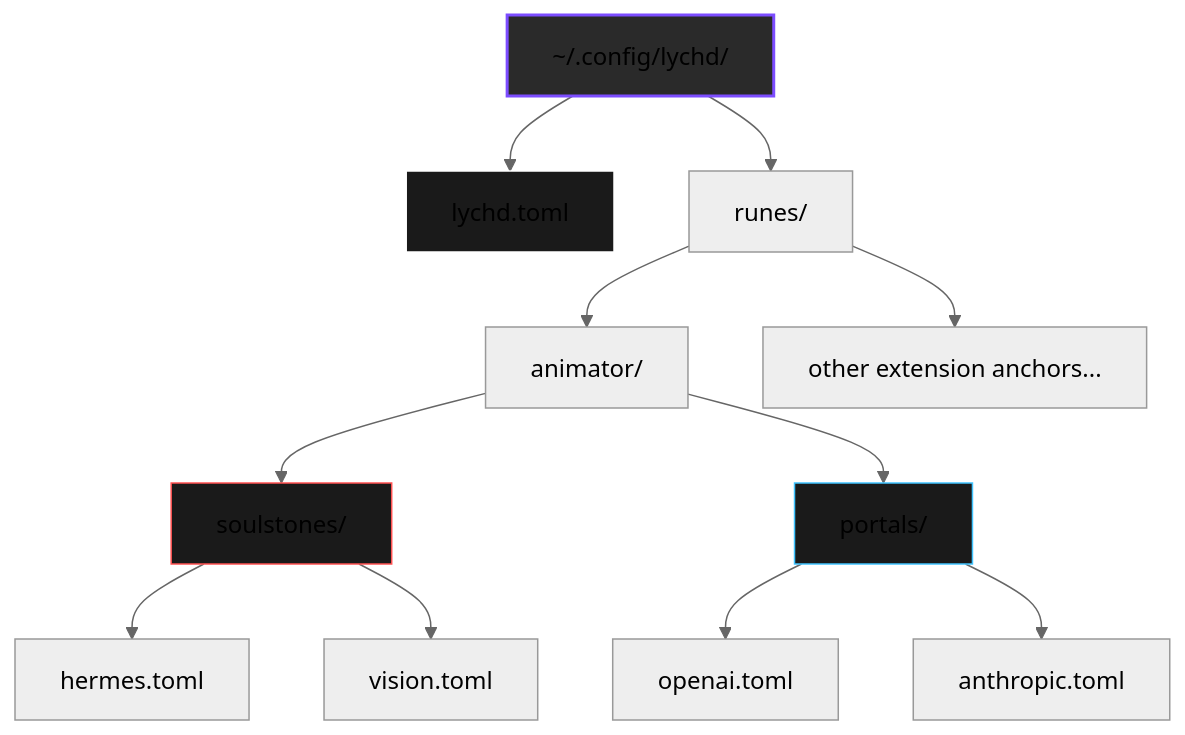
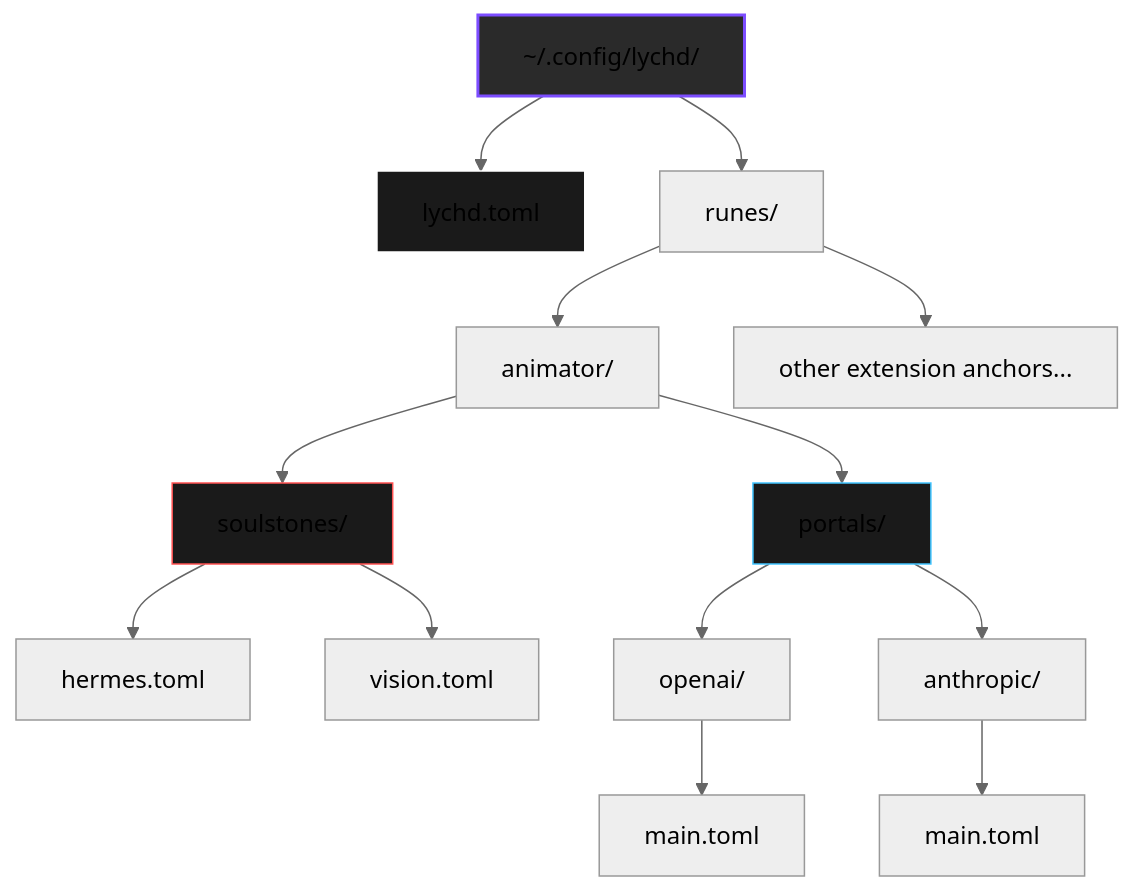
The diagram in docs/sepulcher/codex.md (hexanomicon/lychd), drawn with Mermaid (neutral theme) before and after one commit. The commit also changed other lines of this file and 112 other files, not shown here.

````diff
--- a/docs/sepulcher/codex.md
+++ b/docs/sepulcher/codex.md
@@ -23,28 +23,30 @@
 ```mermaid
 graph TD
     Codex[~/.config/lychd/]
     Prime[lychd.toml]
     RuneDir[runes/]
     AnimatorDir[animator/]
     SoulDir[soulstones/]
     PortalDir[portals/]
     XDir[other extension anchors...]
 
     Codex --> Prime
     Codex --> RuneDir
     RuneDir --> AnimatorDir
     RuneDir --> XDir
     AnimatorDir --> SoulDir
     AnimatorDir --> PortalDir
 
     SoulDir --> S1[hermes.toml]
     SoulDir --> S2[vision.toml]
 
-    PortalDir --> P1[openai.toml]
-    PortalDir --> P2[anthropic.toml]
+    PortalDir --> OpenAIDir[openai/]
+    PortalDir --> AnthropicDir[anthropic/]
+    OpenAIDir --> P1[main.toml]
+    AnthropicDir --> P2[main.toml]
 
     style Codex fill:#2a2a2a,stroke:#7c4dff,stroke-width:2px
     style Prime fill:#1a1a1a,stroke:#fff
     style SoulDir fill:#1a1a1a,stroke:#ff5252
     style PortalDir fill:#1a1a1a,stroke:#40c4ff
 ```
````
